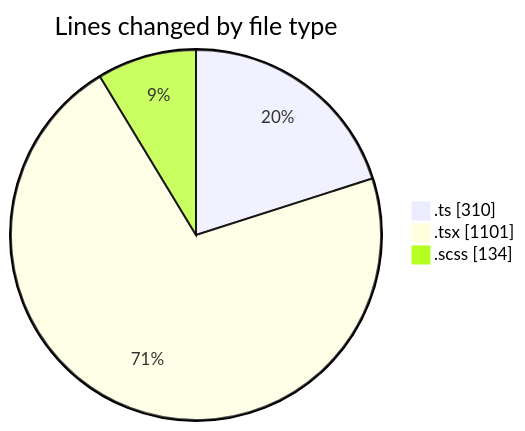
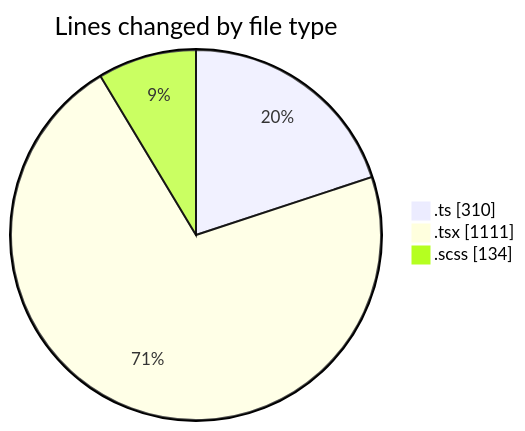
The first of 2 diagrams in 2026-09-09/cda/README.md (momahboobian/code-tracking), drawn with Mermaid before and after one commit. The commit also changed other lines of this file and 1 other file, not shown here.

````diff
--- a/2026-09-09/cda/README.md
+++ b/2026-09-09/cda/README.md
@@ -34,7 +34,7 @@
 ```mermaid
 pie showData
 title Lines changed by file type
 ".ts" : 310
-".tsx" : 1101
+".tsx" : 1111
 ".scss" : 134
 ```
````
